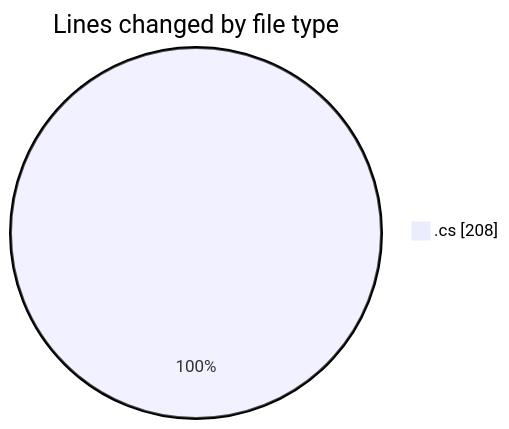
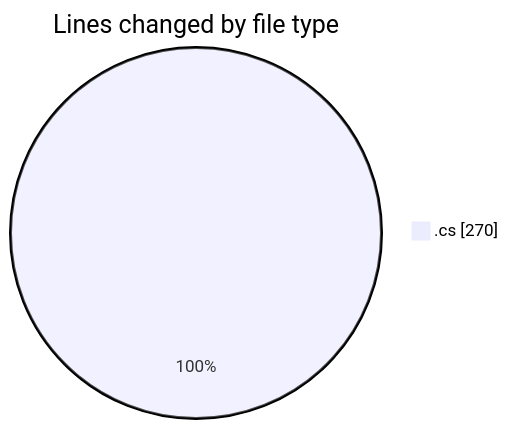
The first of 2 diagrams in 2025-04-24/back-end/README.md (Netris89/code-tracking), drawn with Mermaid before and after one commit. The commit also changed other lines of this file and 1 other file, not shown here.

````diff
--- a/2025-04-24/back-end/README.md
+++ b/2025-04-24/back-end/README.md
@@ -20,5 +21,5 @@
 ```mermaid
 pie showData
 title Lines changed by file type
-".cs" : 208
+".cs" : 270
 ```
````
